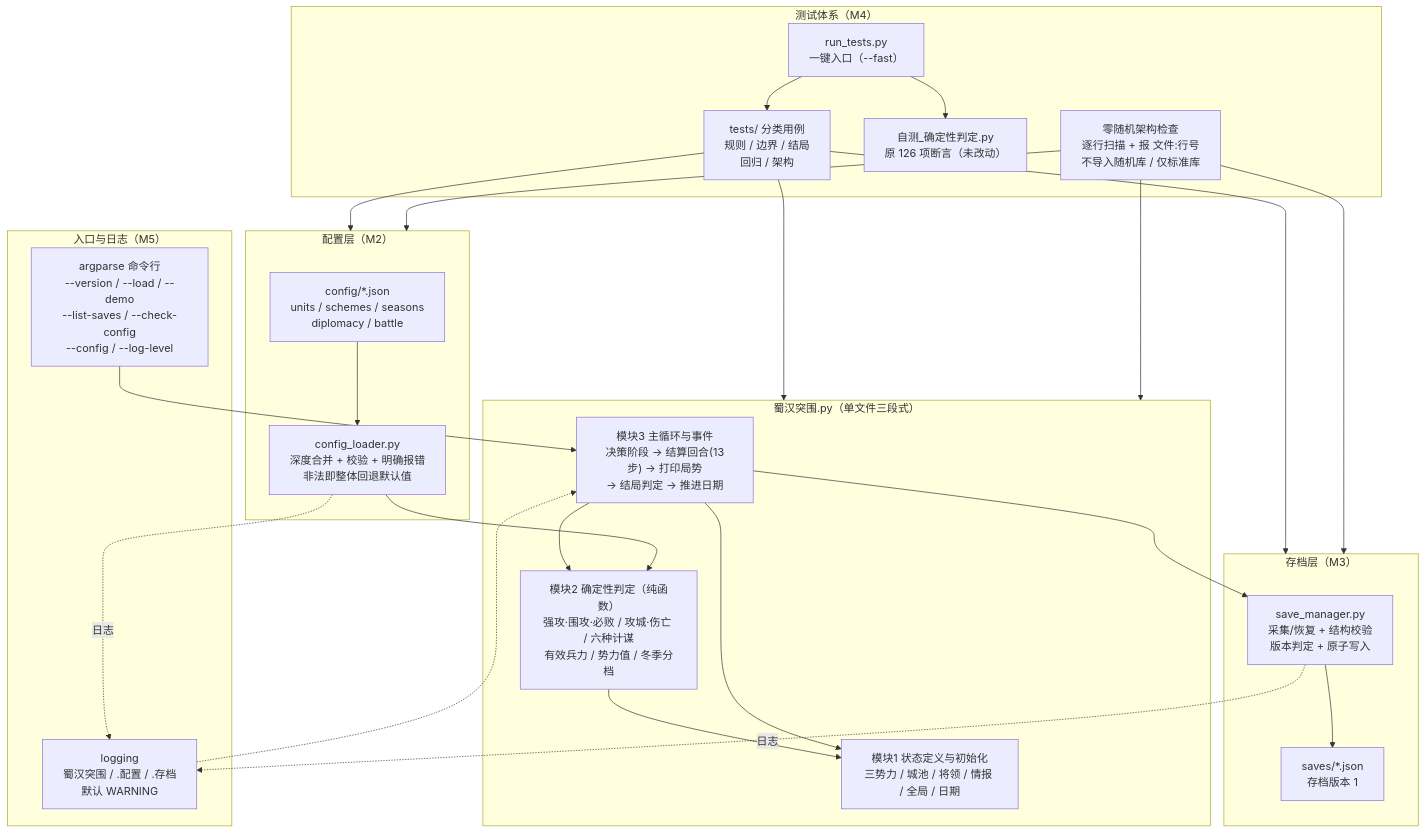
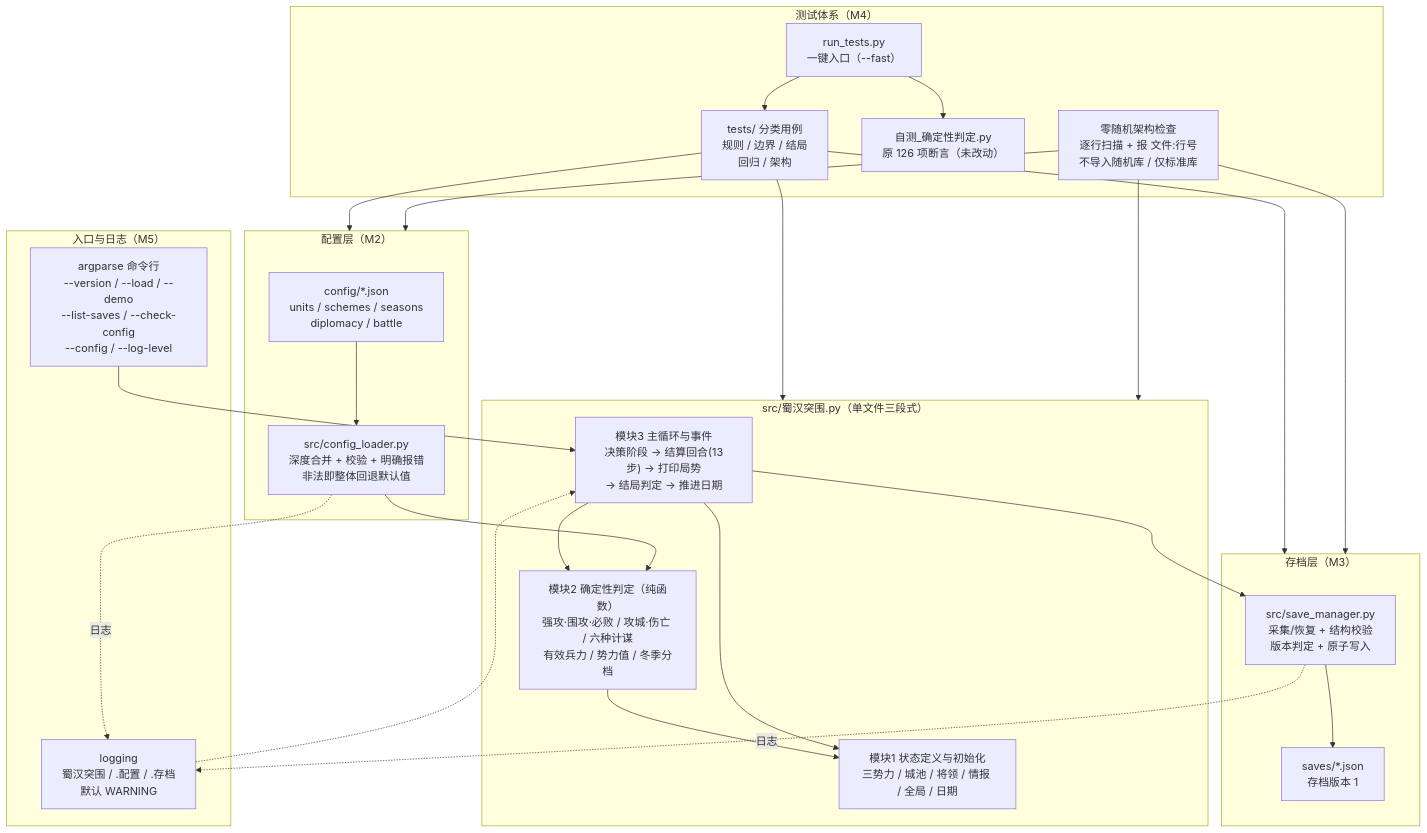
One commit to luguanzhong/Three-Kingdoms-Game-Prototype-ai-text changed the first of 3 diagrams in docs/架构图.md. Above: the diagram before and after it, drawn with Mermaid. The commit also changed other lines of this file and 22 other files, not shown here.

````diff
--- a/docs/架构图.md
+++ b/docs/架构图.md
@@ -8,50 +8,50 @@
 ```mermaid
 flowchart TB
     subgraph 入口["入口与日志（M5）"]
         CLI["argparse 命令行<br/>--version / --load / --demo<br/>--list-saves / --check-config<br/>--config / --log-level"]
         LOG["logging<br/>蜀汉突围 / .配置 / .存档<br/>默认 WARNING"]
     end
 
-    subgraph 游戏["蜀汉突围.py（单文件三段式）"]
+    subgraph 游戏["src/蜀汉突围.py（单文件三段式）"]
         M1["模块1 状态定义与初始化<br/>三势力 / 城池 / 将领 / 情报 / 全局 / 日期"]
         M2["模块2 确定性判定（纯函数）<br/>强攻·围攻·必败 / 攻城·伤亡 / 六种计谋<br/>有效兵力 / 势力值 / 冬季分档"]
         M3["模块3 主循环与事件<br/>决策阶段 → 结算回合(13步) → 打印局势<br/>→ 结局判定 → 推进日期"]
     end
 
     subgraph 配置层["配置层（M2）"]
         CFG["config/*.json<br/>units / schemes / seasons<br/>diplomacy / battle"]
-        CL["config_loader.py<br/>深度合并 + 校验 + 明确报错<br/>非法即整体回退默认值"]
+        CL["src/config_loader.py<br/>深度合并 + 校验 + 明确报错<br/>非法即整体回退默认值"]
     end
 
     subgraph 存档层["存档层（M3）"]
-        SM["save_manager.py<br/>采集/恢复 + 结构校验<br/>版本判定 + 原子写入"]
+        SM["src/save_manager.py<br/>采集/恢复 + 结构校验<br/>版本判定 + 原子写入"]
         SAVES["saves/*.json<br/>存档版本 1"]
     end
 
     subgraph 测试["测试体系（M4）"]
         RUN["run_tests.py<br/>一键入口（--fast）"]
         T1["tests/ 分类用例<br/>规则 / 边界 / 结局<br/>回归 / 架构"]
         T2["自测_确定性判定.py<br/>原 126 项断言（未改动）"]
         ARCH["零随机架构检查<br/>逐行扫描 + 报 文件:行号<br/>不导入随机库 / 仅标准库"]
     end
 
     CLI --> M3
     LOG -.-> M3
     M3 --> M2
     M2 --> M1
     M3 --> M1
     CL --> M2
     CFG --> CL
     SM --> SAVES
     M3 --> SM
     CL -.日志.-> LOG
     SM -.日志.-> LOG
     RUN --> T1
     RUN --> T2
     T1 --> 游戏
     T1 --> 配置层
     T1 --> 存档层
     ARCH --> 游戏
     ARCH --> 配置层
     ARCH --> 存档层
 ```
````
